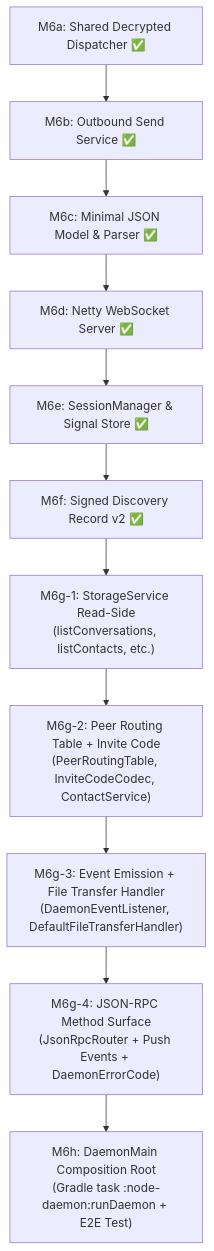
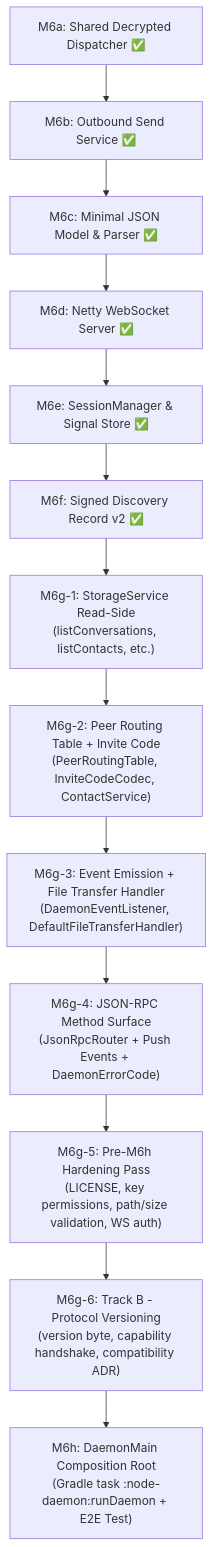
Before and after one commit to UNIXUECODER/p2p-chat: the diagram in docs/M6-roadmap-and-decisions.md, drawn with Mermaid. The commit also changed other lines of this file and 24 other files, not shown here.

First line of the commit message:
feat(protocol): Implement M6g-6 - Track B Protocol Versioning & Capability Negotiation

````diff
--- a/docs/M6-roadmap-and-decisions.md
+++ b/docs/M6-roadmap-and-decisions.md
@@ -81,14 +81,16 @@
 ```mermaid
 flowchart TD
     M6a["M6a: Shared Decrypted Dispatcher ✅"] --> M6b
     M6b["M6b: Outbound Send Service ✅"] --> M6c
     M6c["M6c: Minimal JSON Model & Parser ✅"] --> M6d
     M6d["M6d: Netty WebSocket Server ✅"] --> M6e
     M6e["M6e: SessionManager & Signal Store ✅"] --> M6f
     M6f["M6f: Signed Discovery Record v2 ✅"] --> M6g1
     M6g1["M6g-1: StorageService Read-Side<br/>(listConversations, listContacts, etc.)"] --> M6g2
     M6g2["M6g-2: Peer Routing Table + Invite Code<br/>(PeerRoutingTable, InviteCodeCodec, ContactService)"] --> M6g3
     M6g3["M6g-3: Event Emission + File Transfer Handler<br/>(DaemonEventListener, DefaultFileTransferHandler)"] --> M6g4
-    M6g4["M6g-4: JSON-RPC Method Surface<br/>(JsonRpcRouter + Push Events + DaemonErrorCode)"] --> M6h
+    M6g4["M6g-4: JSON-RPC Method Surface<br/>(JsonRpcRouter + Push Events + DaemonErrorCode)"] --> M6g5
+    M6g5["M6g-5: Pre-M6h Hardening Pass<br/>(LICENSE, key permissions, path/size validation, WS auth)"] --> M6g6
+    M6g6["M6g-6: Track B - Protocol Versioning<br/>(version byte, capability handshake, compatibility ADR)"] --> M6h
     M6h["M6h: DaemonMain Composition Root<br/>(Gradle task :node-daemon:runDaemon + E2E Test)"]
 ```
````
